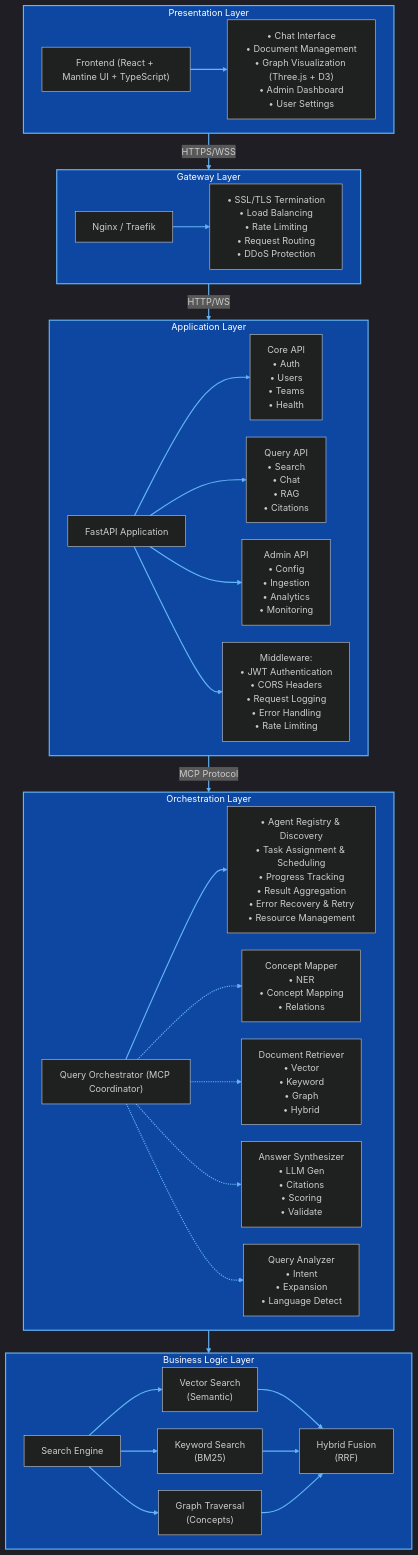
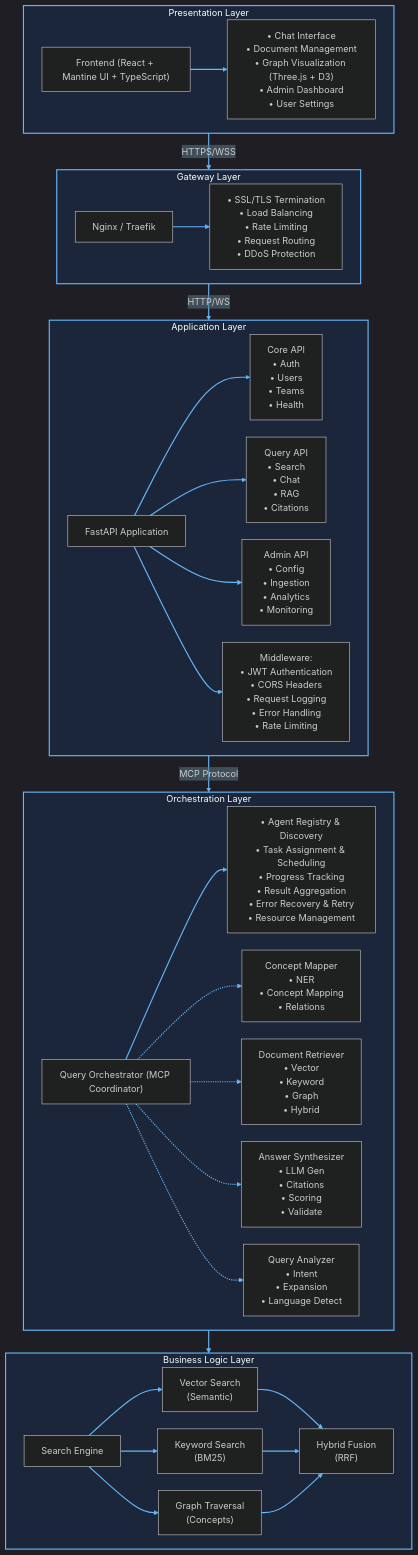
The first of 24 diagrams in docs/ARCHITECTURE.md (veics/rage_pitch), drawn with Mermaid before and after one commit. The commit also changed other lines of this file and 8 other files, not shown here.

````diff
--- a/docs/ARCHITECTURE.md
+++ b/docs/ARCHITECTURE.md
@@ -77,68 +77,68 @@
 ```mermaid
-%%{init: {'theme':'dark', 'flowchart': {'nodeSpacing': 30, 'rankSpacing': 40, 'curve': 'basis'}}}%%
+%%{init: {'theme':'dark', 'flowchart': {'nodeSpacing': 30, 'rankSpacing': 40, 'curve': 'basis'}, 'themeVariables': {'labelBackground':'rgba(38, 50, 56, 0.1)'}}}%%
 flowchart TB
     %% Title: Complete Architecture Layers
     subgraph Presentation["Presentation Layer"]
         Frontend["Frontend (React + Mantine UI + TypeScript)"]
         FrontendItems["• Chat Interface<br/>• Document Management<br/>• Graph Visualization (Three.js + D3)<br/>• Admin Dashboard<br/>• User Settings"]
         Frontend --> FrontendItems
     end
     
     subgraph Gateway["Gateway Layer"]
         GW["Nginx / Traefik"]
         GWItems["• SSL/TLS Termination<br/>• Load Balancing<br/>• Rate Limiting<br/>• Request Routing<br/>• DDoS Protection"]
         GW --> GWItems
     end
     
     subgraph Application["Application Layer"]
         FastAPI["FastAPI Application"]
         CoreAPI["Core API<br/>• Auth<br/>• Users<br/>• Teams<br/>• Health"]
         QueryAPI["Query API<br/>• Search<br/>• Chat<br/>• RAG<br/>• Citations"]
         AdminAPI["Admin API<br/>• Config<br/>• Ingestion<br/>• Analytics<br/>• Monitoring"]
         Middleware["Middleware:<br/>• JWT Authentication<br/>• CORS Headers<br/>• Request Logging<br/>• Error Handling<br/>• Rate Limiting"]
         FastAPI --> CoreAPI
         FastAPI --> QueryAPI
         FastAPI --> AdminAPI
         FastAPI --> Middleware
     end
     
     subgraph Orchestration["Orchestration Layer"]
         Orch["Query Orchestrator (MCP Coordinator)"]
         OrchItems["• Agent Registry & Discovery<br/>• Task Assignment & Scheduling<br/>• Progress Tracking<br/>• Result Aggregation<br/>• Error Recovery & Retry<br/>• Resource Management"]
         Orch --> OrchItems
         
         CM["Concept Mapper<br/>• NER<br/>• Concept Mapping<br/>• Relations"]
         DR["Document Retriever<br/>• Vector<br/>• Keyword<br/>• Graph<br/>• Hybrid"]
         AS["Answer Synthesizer<br/>• LLM Gen<br/>• Citations<br/>• Scoring<br/>• Validate"]
         QA["Query Analyzer<br/>• Intent<br/>• Expansion<br/>• Language Detect"]
         
         Orch -.-> CM
         Orch -.-> DR
         Orch -.-> AS
         Orch -.-> QA
     end
     
     subgraph Business["Business Logic Layer"]
         Search["Search Engine"]
         VS["Vector Search<br/>(Semantic)"]
         KS["Keyword Search<br/>(BM25)"]
         GT["Graph Traversal<br/>(Concepts)"]
         HF["Hybrid Fusion<br/>(RRF)"]
         Search --> VS
         Search --> KS
         Search --> GT
         VS --> HF
         KS --> HF
         GT --> HF
     end
     
     Presentation -->|HTTPS/WSS| Gateway
     Gateway -->|HTTP/WS| Application
     Application -->|MCP Protocol| Orchestration
     Orchestration --> Business
     
-    classDef layer fill:#0d47a1,stroke:#64b5f6,stroke-width:2px,color:#fff;
+    classDef layer fill:#0d47a1,fill-opacity:0.18,stroke:#64b5f6,stroke-width:2px;
     class Presentation,Gateway,Application,Orchestration,Business layer;
     
     linkStyle default stroke:#64b5f6,stroke-width:2px;
 ```
````
